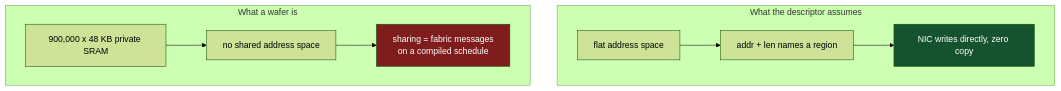
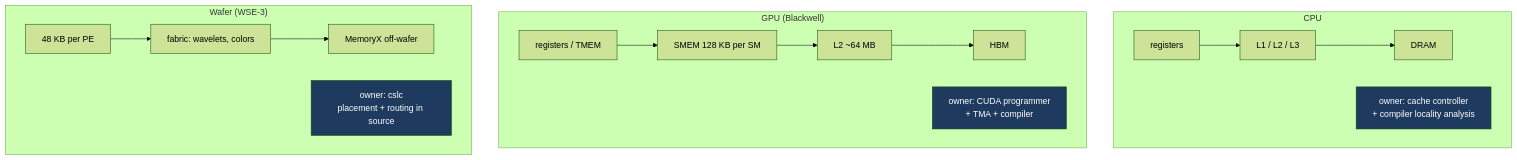
One commit to hiraditya/hiraditya.github.io changed the first of 3 diagrams in _posts/2026-08-19-there-is-no-address.md. Above: the diagram before and after it, drawn with Mermaid (forest theme). The commit also changed other lines of this file, not shown here.

````diff
--- a/_posts/2026-08-19-there-is-no-address.md
+++ b/_posts/2026-08-19-there-is-no-address.md
@@ -67,13 +27,18 @@
 ```mermaid
 graph TB
-    subgraph G["What the descriptor assumes"]
-        G1["flat address space"] --> G2["addr + len names a region"]
-        G2 --> G3["NIC writes directly, zero copy"]
+    subgraph C["CPU"]
+        C1["registers"] --> C2["L1 / L2 / L3"] --> C3["DRAM"]
+        C4["owner: cache controller<br/>+ compiler locality analysis"]
     end
-    subgraph W["What a wafer is"]
-        W1["900,000 x 48 KB private SRAM"] --> W2["no shared address space"]
-        W2 --> W3["sharing = fabric messages<br/>on a compiled schedule"]
+    subgraph G["GPU (Blackwell)"]
+        G1["registers / TMEM"] --> G2["SMEM 128 KB per SM"] --> G3["L2 ~64 MB"] --> G4["HBM"]
+        G5["owner: CUDA programmer<br/>+ TMA + compiler"]
     end
-    style G3 fill:#14532d,color:#fff
-    style W3 fill:#7f1d1d,color:#fff
+    subgraph W["Wafer (WSE-3)"]
+        W1["48 KB per PE"] --> W2["fabric: wavelets, colors"] --> W3["MemoryX off-wafer"]
+        W4["owner: cslc<br/>placement + routing in source"]
+    end
+    style C4 fill:#1e3a5f,color:#fff
+    style G5 fill:#1e3a5f,color:#fff
+    style W4 fill:#1e3a5f,color:#fff
 ```
````
